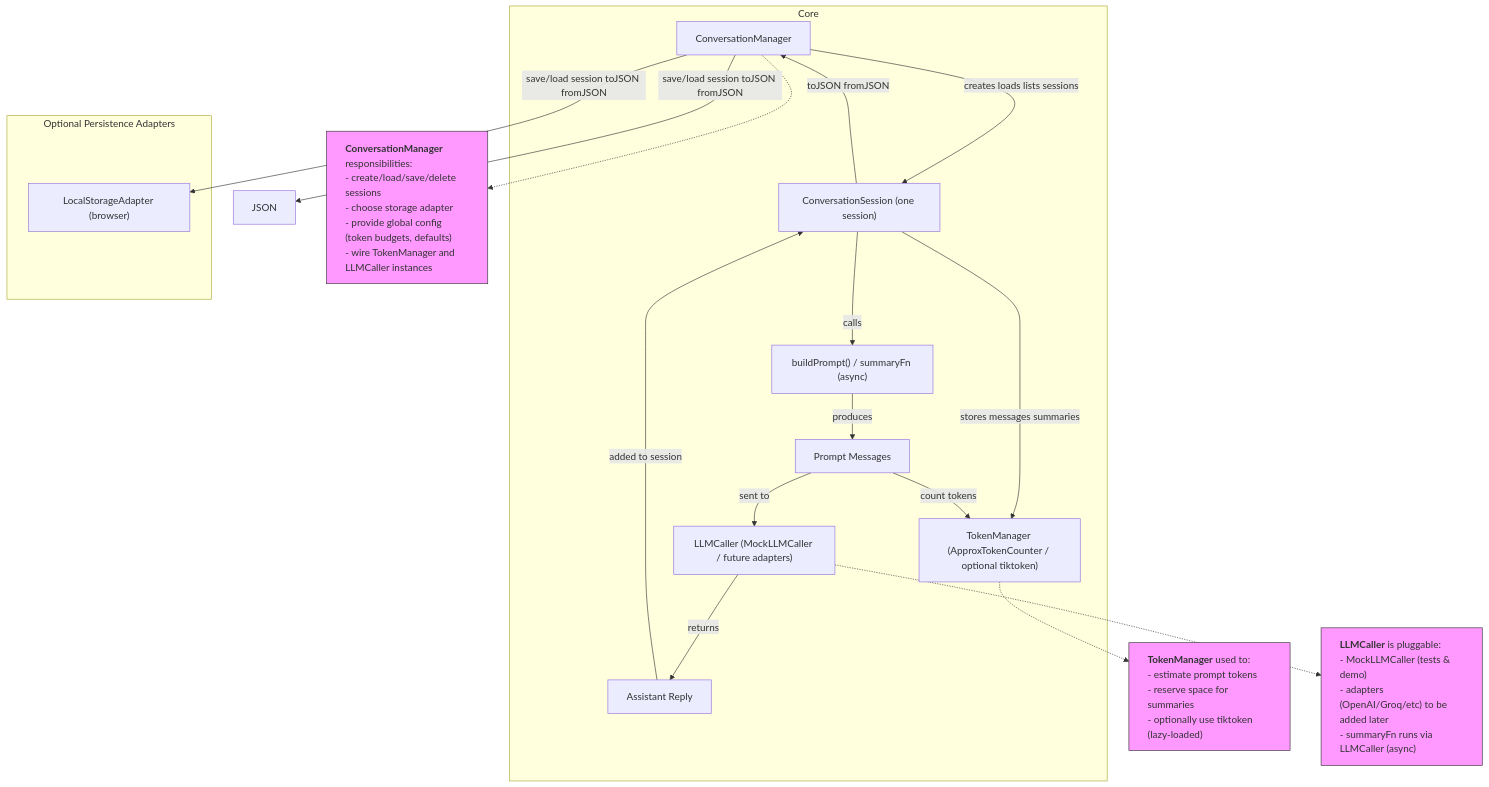
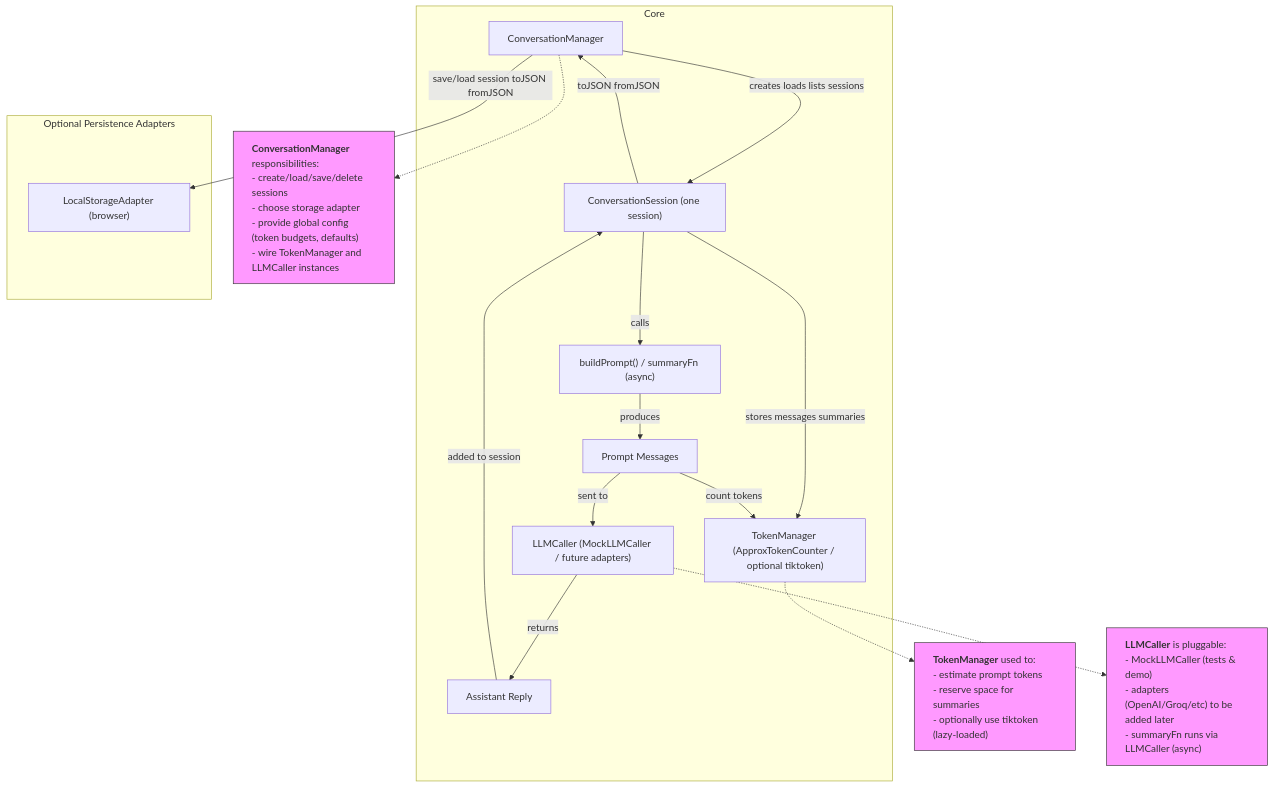
Before and after one commit to Programming-Sai/CtxIQ: the diagram in README.md, drawn with Mermaid.

Commit message:
Added strorage adaptors and its associated tests

````diff
--- a/README.md
+++ b/README.md
@@ -19,45 +19,44 @@
 ```mermaid
 flowchart TD
   subgraph Core
     CM["ConversationManager"]
     CS["ConversationSession (one session)"]
     TM["TokenManager (ApproxTokenCounter / optional tiktoken)"]
     BP["buildPrompt() / summaryFn (async)"]
     LC["LLMCaller (MockLLMCaller / future adapters)"]
     PM["Prompt Messages"]
     AR["Assistant Reply"]
   end
 
   subgraph Persistence["Optional Persistence Adapters"]
     LS["LocalStorageAdapter (browser)"]
   end
 
   %% Main orchestration flow
   CM -->|creates loads lists sessions| CS
   CS -->|stores messages summaries| TM
   CS -->|calls| BP
   BP -->|produces| PM
   PM -->|count tokens| TM
   PM -->|sent to| LC
   LC -->|returns| AR
   AR -->|added to session| CS
 
   %% Persistence controlled by Manager
-  CM -->|save/load session toJSON fromJSON| JSON
   CM -->|save/load session toJSON fromJSON| LS
   CS -->|toJSON fromJSON| CM
 
   %% Notes with real line breaks
   TM_note["<p align="left"><b>TokenManager</b> used to:<br/>- estimate prompt tokens<br/>- reserve space for summaries<br/>- optionally use tiktoken (lazy-loaded)<p/>"]:::note
 
   LC_note["<p align="left"><b>LLMCaller</b> is pluggable:<br/>- MockLLMCaller (tests & demo)<br/>- adapters (OpenAI/Groq/etc) to be added later<br/>- summaryFn runs via LLMCaller (async)<p/>"]:::note
 
   CM_note["<p align="left"><b>ConversationManager</b> responsibilities:<br/>- create/load/save/delete sessions<br/>- choose storage adapter<br/>- provide global config (token budgets, defaults)<br/>- wire TokenManager and LLMCaller instances<p/>"]:::note
 
   TM -.-> TM_note
   LC -.-> LC_note
   CM -.-> CM_note
 
   classDef note fill:#f9f,stroke:#333,stroke-width:1px,color:#333;
 
 ```
````
